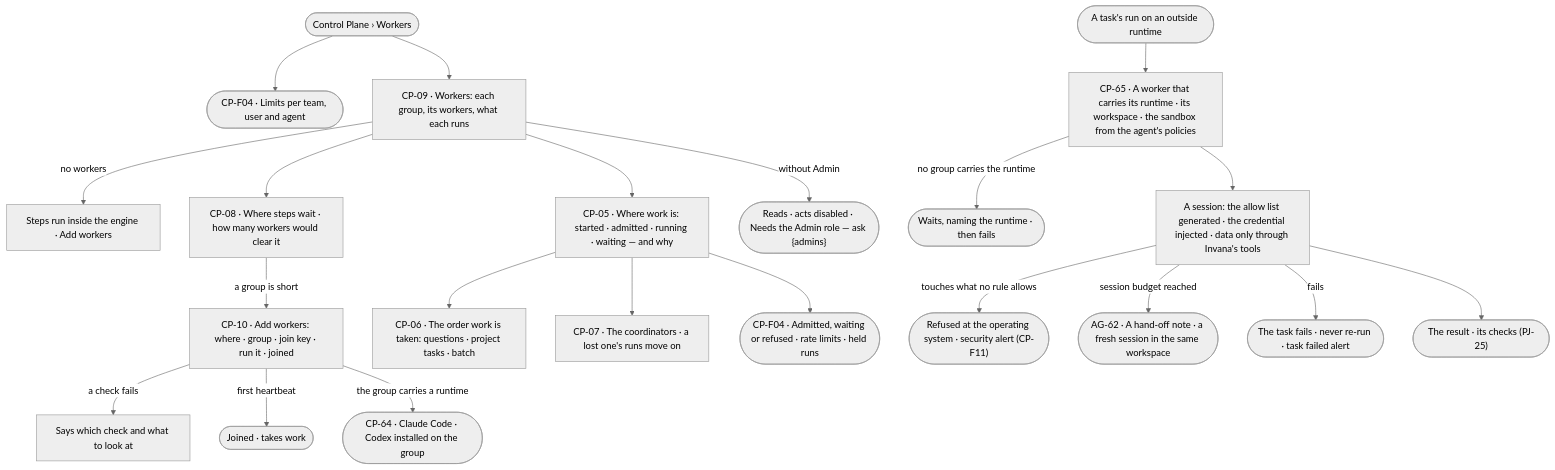
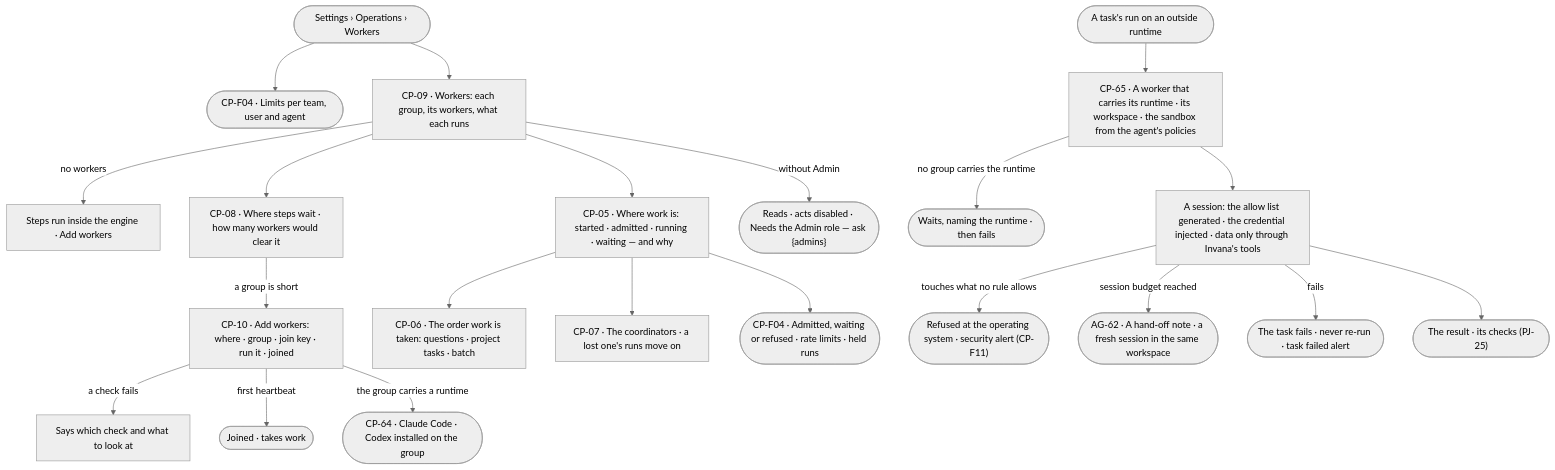
One commit to invana/invana changed the first of 3 diagrams in specs/os/control/features/CP-F03-workers-and-the-queue/feature.md. Above: the diagram before and after it, drawn with Mermaid (neutral theme). The commit also changed other lines of this file and 106 other files, not shown here.

````diff
--- a/specs/os/control/features/CP-F03-workers-and-the-queue/feature.md
+++ b/specs/os/control/features/CP-F03-workers-and-the-queue/feature.md
@@ -26,23 +26,23 @@
 ```mermaid
 flowchart TD
-  s([Control Plane › Workers]) --> lim(["CP-F04 · Limits per team, user and agent"])
+  s([Settings › Operations › Workers]) --> lim(["CP-F04 · Limits per team, user and agent"])
   s --> wk["CP-09 · Workers: each group, its workers, what each runs"]
   wk -->|no workers| nw["Steps run inside the engine · Add workers"]
   wk --> cap["CP-08 · Where steps wait · how many workers would clear it"]
   cap -->|a group is short| add["CP-10 · Add workers: where · group · join key · run it · joined"]
   add -->|a check fails| fx["Says which check and what to look at"]
   add -->|first heartbeat| j(["Joined · takes work"])
   wk --> flow["CP-05 · Where work is: started · admitted · running · waiting — and why"]
   flow --> ord["CP-06 · The order work is taken: questions · project tasks · batch"]
   flow --> co["CP-07 · The coordinators · a lost one's runs move on"]
   flow --> adm(["CP-F04 · Admitted, waiting or refused · rate limits · held runs"])
   wk -->|without Admin| ro(["Reads · acts disabled · Needs the Admin role — ask {admins}"])
   add -->|the group carries a runtime| rt(["CP-64 · Claude Code · Codex installed on the group"])
   task([A task's run on an outside runtime]) --> sbx["CP-65 · A worker that carries its runtime · its workspace · the sandbox from the agent's policies"]
   sbx -->|no group carries the runtime| nr(["Waits, naming the runtime · then fails"])
   sbx --> ses["A session: the allow list generated · the credential injected · data only through Invana's tools"]
   ses -->|touches what no rule allows| ref(["Refused at the operating system · security alert (CP-F11)"])
   ses -->|session budget reached| ho(["AG-62 · A hand-off note · a fresh session in the same workspace"])
   ses -->|fails| fl(["The task fails · never re-run · task failed alert"])
   ses --> done(["The result · its checks (PJ-25)"])
 ```
````
